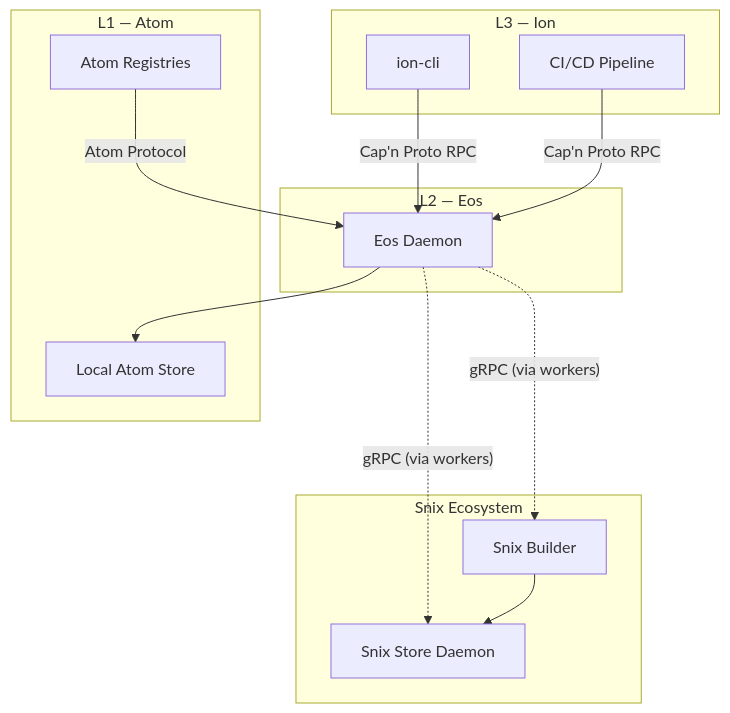
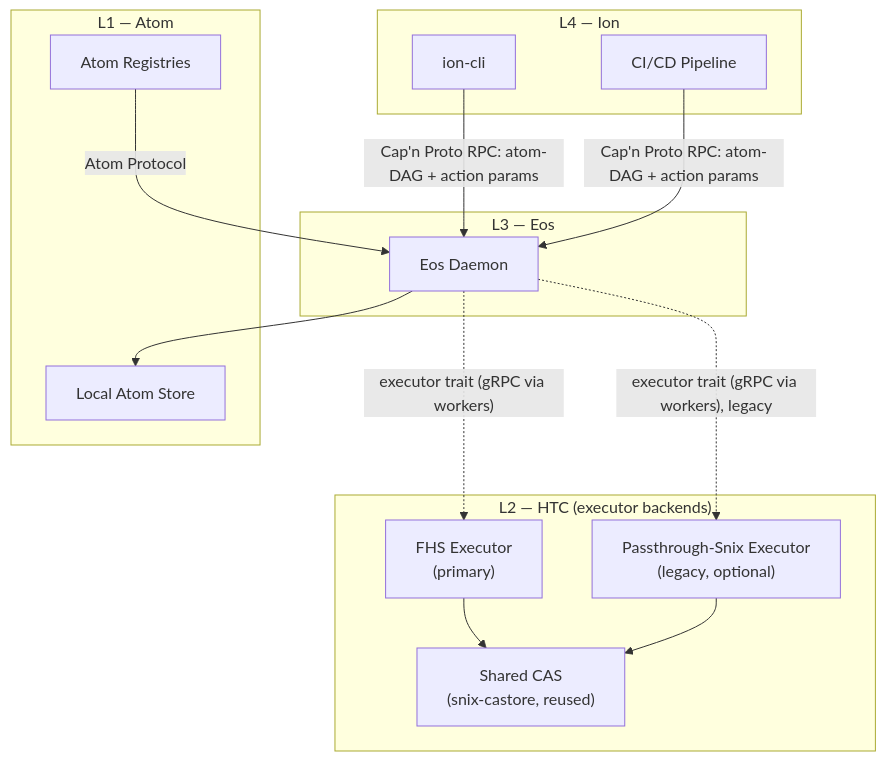
One commit to axiosoph/axios changed the first of 9 diagrams in docs/architecture/eos-sad.md. Above: the diagram before and after it, drawn with Mermaid. The commit also changed other lines of this file, not shown here.

First line of the commit message:
docs(eos): rewrite eos-sad.md to the atom-DAG scheduler model

````diff
--- a/docs/architecture/eos-sad.md
+++ b/docs/architecture/eos-sad.md
@@ -32,29 +54,31 @@
 ```mermaid
 graph TB
-    subgraph "L3 — Ion"
+    subgraph "L4 — Ion"
         CLI["ion-cli"]
         CI["CI/CD Pipeline"]
     end
 
-    subgraph "L2 — Eos"
+    subgraph "L3 — Eos"
         EOD["Eos Daemon"]
     end
 
     subgraph "L1 — Atom"
         AS["Local Atom Store"]
         AR["Atom Registries"]
     end
 
-    subgraph "Snix Ecosystem"
-        SSD["Snix Store Daemon"]
-        SB["Snix Builder"]
+    subgraph "L2 — HTC (executor backends)"
+        CAS["Shared CAS\n(snix-castore, reused)"]
+        FHS["FHS Executor\n(primary)"]
+        SNIXEXEC["Passthrough-Snix Executor\n(legacy, optional)"]
     end
 
-    CLI -->|"Cap'n Proto RPC"| EOD
-    CI -->|"Cap'n Proto RPC"| EOD
+    CLI -->|"Cap'n Proto RPC: atom-DAG + action params"| EOD
+    CI -->|"Cap'n Proto RPC: atom-DAG + action params"| EOD
     AR -->|"Atom Protocol"| EOD
     EOD --> AS
-    EOD -..->|"gRPC (via workers)"| SSD
-    EOD -..->|"gRPC (via workers)"| SB
-    SB --> SSD
+    EOD -..->|"executor trait (gRPC via workers)"| FHS
+    EOD -..->|"executor trait (gRPC via workers), legacy"| SNIXEXEC
+    FHS --> CAS
+    SNIXEXEC --> CAS
 ```
````
